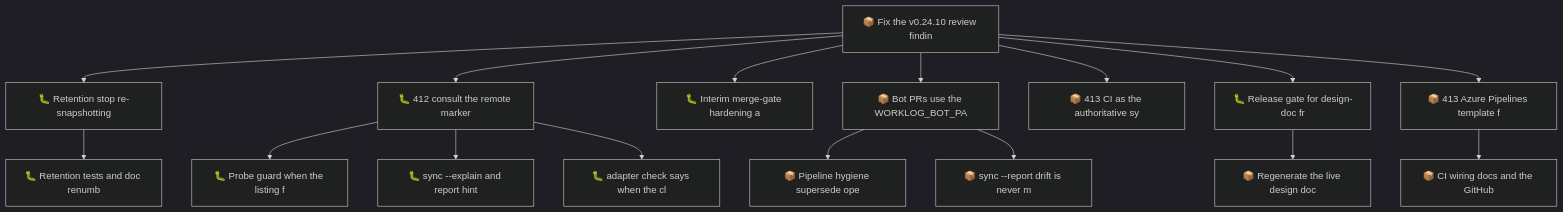
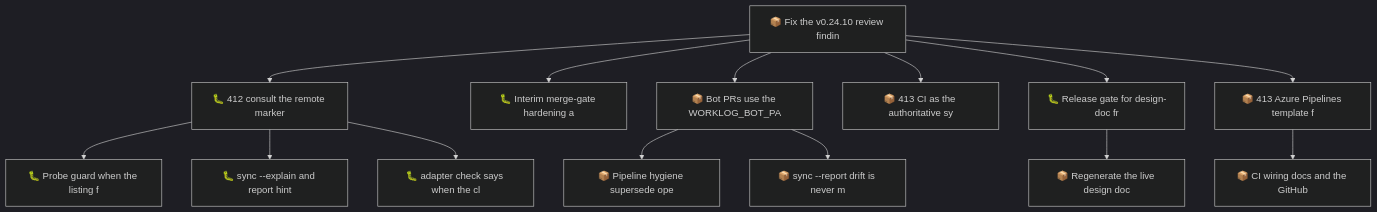
Before and after one commit to SpillwaveSolutions/wiki_ticket_sdd: the second of 2 diagrams in docs/roadmap.md, drawn with Mermaid (dark theme). The commit also changed other lines of this file and 16 other files, not shown here.

First line of the commit message:
fix(compact): retention no longer ping-pongs archived items (01M2XCWMVD7KJ01FCNEV1X822V)

````diff
--- a/docs/roadmap.md
+++ b/docs/roadmap.md
@@ -99,34 +87,30 @@
 ```mermaid
 graph TD
     01M2XCWMV0QYM4ZRBWN1V1327B["📦 Fix the v0.24.10 review findin"]
-    01M2XCWMVD7KJ01FCNEV1X822V["🐛 Retention stop re-snapshotting"]
-    01M2XCWMVD7KJ01FCNEV1X8235["🐛 Retention tests and doc renumb"]
     01M2XCWMVD7KJ01FCNEV1X8237["🐛 412 consult the remote marker"]
     01M2XCWMVEH3XFP2VPS9JBD6X7["🐛 Probe guard when the listing f"]
     01M2XCWMVEH3XFP2VPS9JBD6X9["🐛 sync --explain and report hint"]
     01M2XCWMVEH3XFP2VPS9JBD6XB["🐛 adapter check says when the cl"]
     01M2XCWMVEH3XFP2VPS9JBD6XD["🐛 Interim merge-gate hardening a"]
     01M2XCWMVEH3XFP2VPS9JBD6XF["📦 Bot PRs use the WORKLOG_BOT_PA"]
     01M2XCWMVEH3XFP2VPS9JBD6XH["📦 Pipeline hygiene supersede ope"]
     01M2XCWMVEH3XFP2VPS9JBD6XK["📦 sync --report drift is never m"]
     01M2XCWMVEH3XFP2VPS9JBD6XN["📦 413 CI as the authoritative sy"]
     01M2XCWMVEH3XFP2VPS9JBD6XQ["🐛 Release gate for design-doc fr"]
     01M2XCWMVEH3XFP2VPS9JBD6XS["📦 Regenerate the live design doc"]
     01M2XCWMVEH3XFP2VPS9JBD6XV["📦 413 Azure Pipelines template f"]
     01M2XCWMVEH3XFP2VPS9JBD6XX["📦 CI wiring docs and the GitHub"]
-    01M2XCWMV0QYM4ZRBWN1V1327B --> 01M2XCWMVD7KJ01FCNEV1X822V
-    01M2XCWMVD7KJ01FCNEV1X822V --> 01M2XCWMVD7KJ01FCNEV1X8235
     01M2XCWMV0QYM4ZRBWN1V1327B --> 01M2XCWMVD7KJ01FCNEV1X8237
     01M2XCWMVD7KJ01FCNEV1X8237 --> 01M2XCWMVEH3XFP2VPS9JBD6X7
     01M2XCWMVD7KJ01FCNEV1X8237 --> 01M2XCWMVEH3XFP2VPS9JBD6X9
     01M2XCWMVD7KJ01FCNEV1X8237 --> 01M2XCWMVEH3XFP2VPS9JBD6XB
     01M2XCWMV0QYM4ZRBWN1V1327B --> 01M2XCWMVEH3XFP2VPS9JBD6XD
     01M2XCWMV0QYM4ZRBWN1V1327B --> 01M2XCWMVEH3XFP2VPS9JBD6XF
     01M2XCWMVEH3XFP2VPS9JBD6XF --> 01M2XCWMVEH3XFP2VPS9JBD6XH
     01M2XCWMVEH3XFP2VPS9JBD6XF --> 01M2XCWMVEH3XFP2VPS9JBD6XK
     01M2XCWMV0QYM4ZRBWN1V1327B --> 01M2XCWMVEH3XFP2VPS9JBD6XN
     01M2XCWMV0QYM4ZRBWN1V1327B --> 01M2XCWMVEH3XFP2VPS9JBD6XQ
     01M2XCWMVEH3XFP2VPS9JBD6XQ --> 01M2XCWMVEH3XFP2VPS9JBD6XS
     01M2XCWMV0QYM4ZRBWN1V1327B --> 01M2XCWMVEH3XFP2VPS9JBD6XV
     01M2XCWMVEH3XFP2VPS9JBD6XV --> 01M2XCWMVEH3XFP2VPS9JBD6XX
 ```
````
